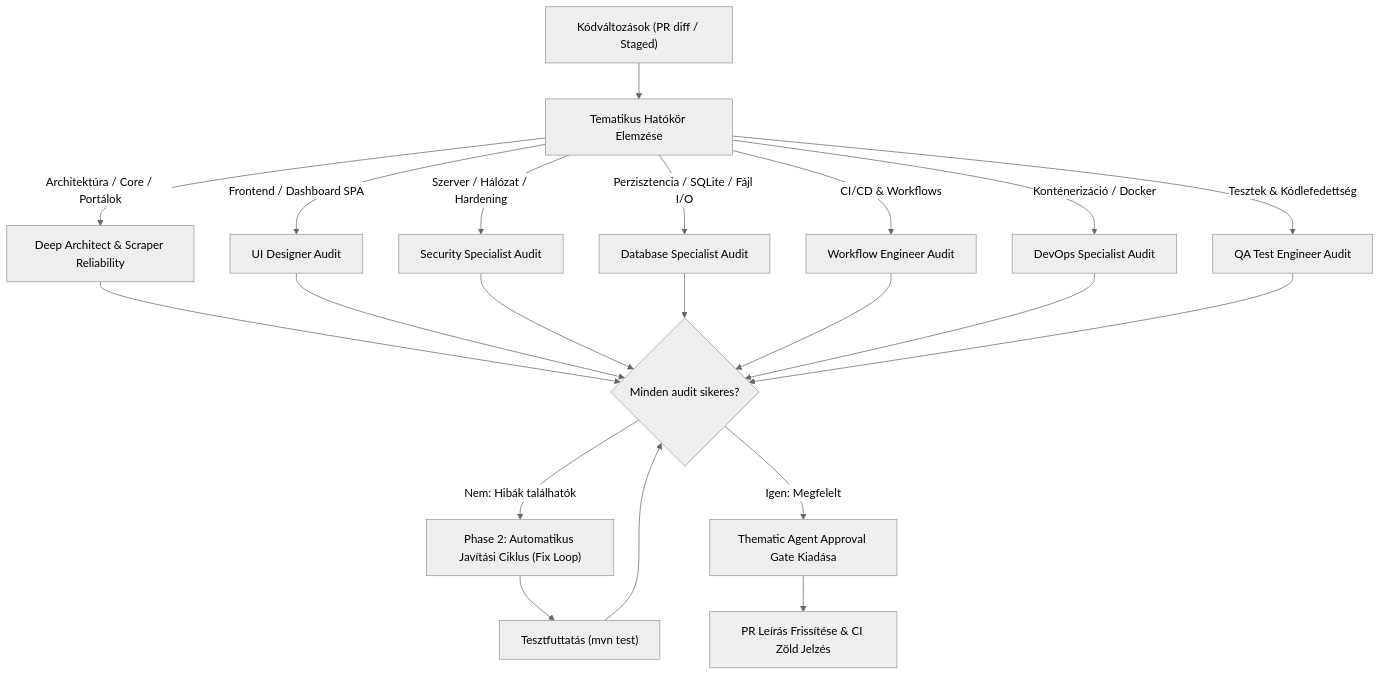
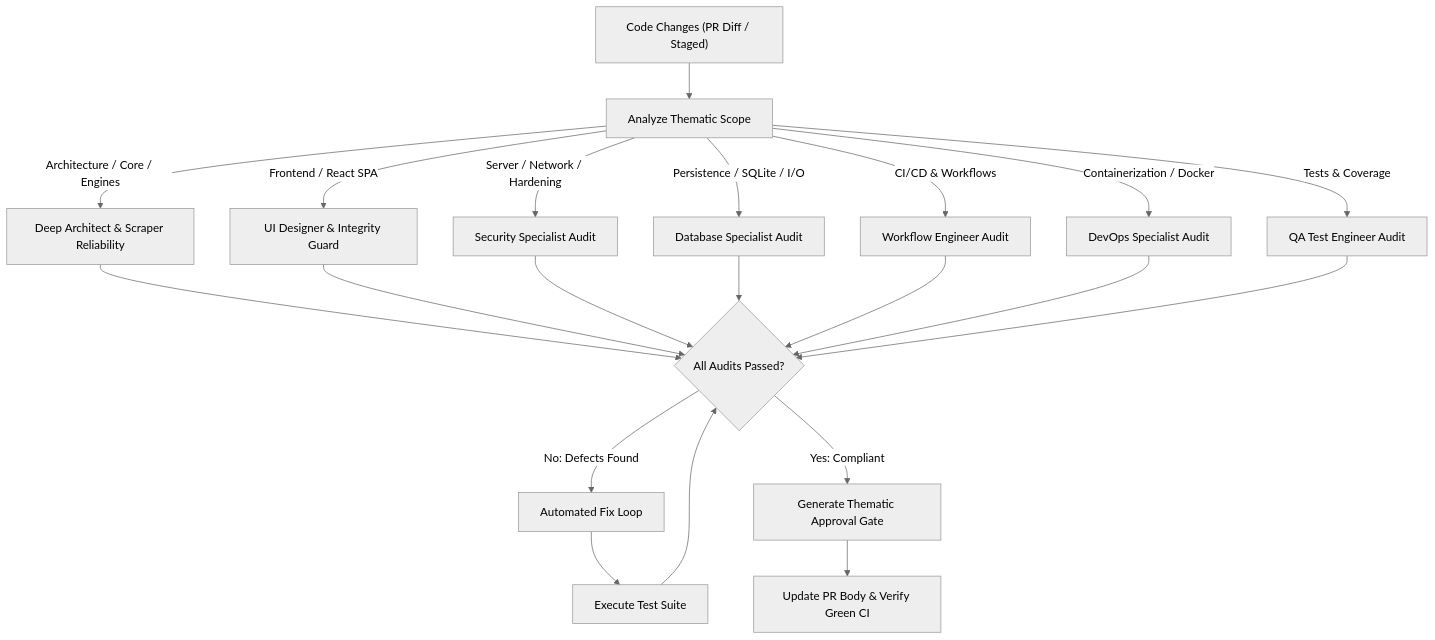
Before and after one commit to Luxeonn/ingatlan-kereso: the diagram in .agents/skills/review-and-fix/SKILL.md, drawn with Mermaid (neutral theme). The commit also changed other lines of this file and 6 other files, not shown here.

First line of the commit message:
docs: rationalize documentation and enforce green ci gate in pipeline (#128)

````diff
--- a/.agents/skills/review-and-fix/SKILL.md
+++ b/.agents/skills/review-and-fix/SKILL.md
@@ -20,21 +19,21 @@
 ```mermaid
 flowchart TD
-    Start["Kódváltozások (PR diff / Staged)"] --> Scope["Tematikus Hatókör Elemzése"]
+    Start["Code Changes (PR Diff / Staged)"] --> Scope["Analyze Thematic Scope"]
     
-    Scope -->|Architektúra / Core / Portálok| A1["Deep Architect & Scraper Reliability"]
-    Scope -->|Frontend / Dashboard SPA| A2["UI Designer Audit"]
-    Scope -->|Szerver / Hálózat / Hardening| A3["Security Specialist Audit"]
-    Scope -->|Perzisztencia / SQLite / Fájl I/O| A4["Database Specialist Audit"]
+    Scope -->|Architecture / Core / Engines| A1["Deep Architect & Scraper Reliability"]
+    Scope -->|Frontend / React SPA| A2["UI Designer & Integrity Guard"]
+    Scope -->|Server / Network / Hardening| A3["Security Specialist Audit"]
+    Scope -->|Persistence / SQLite / I/O| A4["Database Specialist Audit"]
     Scope -->|CI/CD & Workflows| A5["Workflow Engineer Audit"]
-    Scope -->|Konténerizáció / Docker| A6["DevOps Specialist Audit"]
-    Scope -->|Tesztek & Kódlefedettség| A7["QA Test Engineer Audit"]
+    Scope -->|Containerization / Docker| A6["DevOps Specialist Audit"]
+    Scope -->|Tests & Coverage| A7["QA Test Engineer Audit"]
     
-    A1 & A2 & A3 & A4 & A5 & A6 & A7 --> Eval{"Minden audit sikeres?"}
+    A1 & A2 & A3 & A4 & A5 & A6 & A7 --> Eval{"All Audits Passed?"}
     
-    Eval -->|Nem: Hibák találhatók| Fix["Phase 2: Automatikus Javítási Ciklus (Fix Loop)"]
-    Fix --> Test["Tesztfuttatás (mvn test)"]
+    Eval -->|No: Defects Found| Fix["Automated Fix Loop"]
+    Fix --> Test["Execute Test Suite"]
     Test --> Eval
     
-    Eval -->|Igen: Megfelelt| Signoff["Thematic Agent Approval Gate Kiadása"]
-    Signoff --> PR["PR Leírás Frissítése & CI Zöld Jelzés"]
+    Eval -->|Yes: Compliant| Signoff["Generate Thematic Approval Gate"]
+    Signoff --> PR["Update PR Body & Verify Green CI"]
 ```
````
